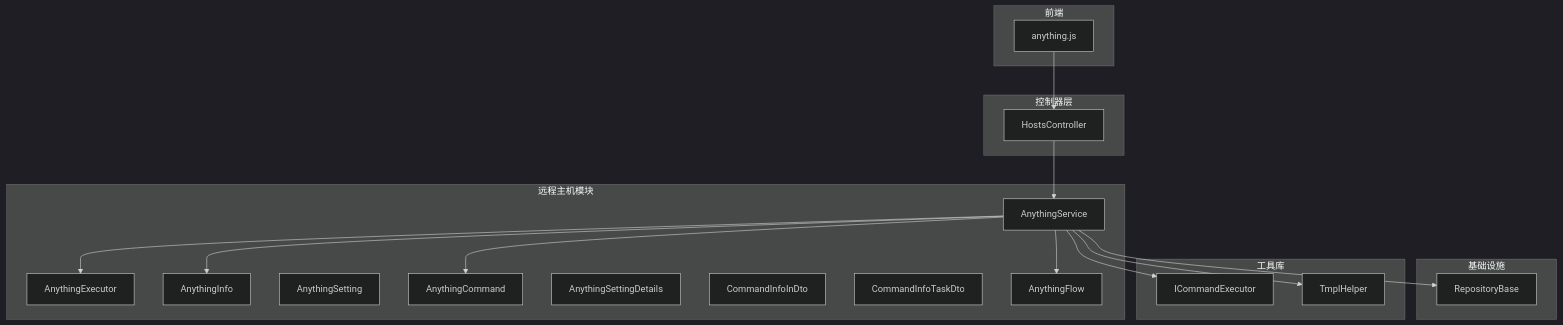
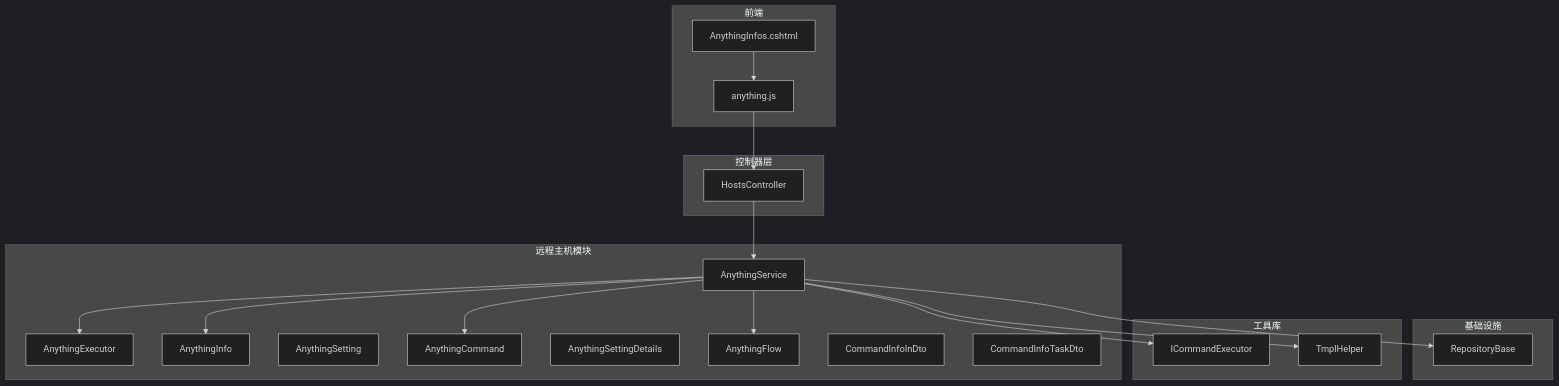
Before and after one commit to Sosososolong/AirGo: the first of 6 diagrams in .qoder/repowiki/zh/content/远程主机管理模块/远程主机管理模块.md, drawn with Mermaid (dark theme). The commit also changed other lines of this file and 22 other files, not shown here.

````diff
--- a/.qoder/repowiki/zh/content/远程主机管理模块/远程主机管理模块.md
+++ b/.qoder/repowiki/zh/content/远程主机管理模块/远程主机管理模块.md
@@ -46,36 +56,38 @@
 ```mermaid
 graph TB
 subgraph "远程主机模块"
 AS["AnythingService"]
 AE["AnythingExecutor"]
 AI["AnythingInfo"]
 ASG["AnythingSetting"]
 AC["AnythingCommand"]
 ASD["AnythingSettingDetails"]
+AF["AnythingFlow"]
 CII["CommandInfoInDto"]
 CIT["CommandInfoTaskDto"]
-AF["AnythingFlow"]
 end
 subgraph "控制器层"
 HC["HostsController"]
 end
 subgraph "基础设施"
 RB["RepositoryBase<T>"]
 end
 subgraph "工具库"
 IC["ICommandExecutor"]
 TH["TmplHelper"]
 end
 subgraph "前端"
 JS["anything.js"]
+VW["AnythingInfos.cshtml"]
 end
 HC --> AS
 AS --> RB
 AS --> IC
 AS --> TH
 AS --> AI
 AS --> AC
 AS --> AE
 AS --> AF
 JS --> HC
+VW --> JS
 ```
````
